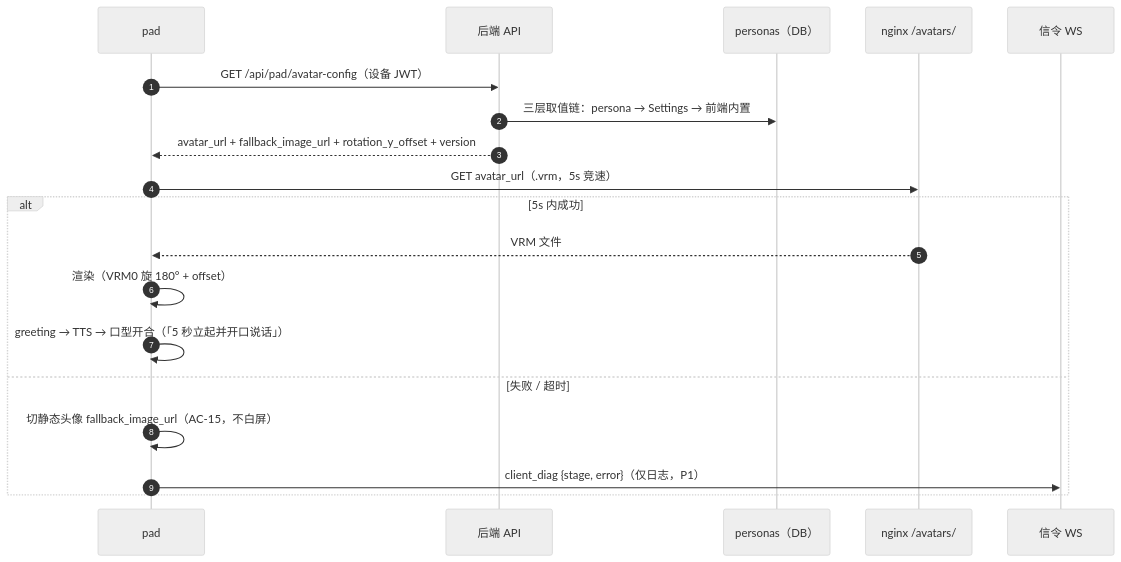
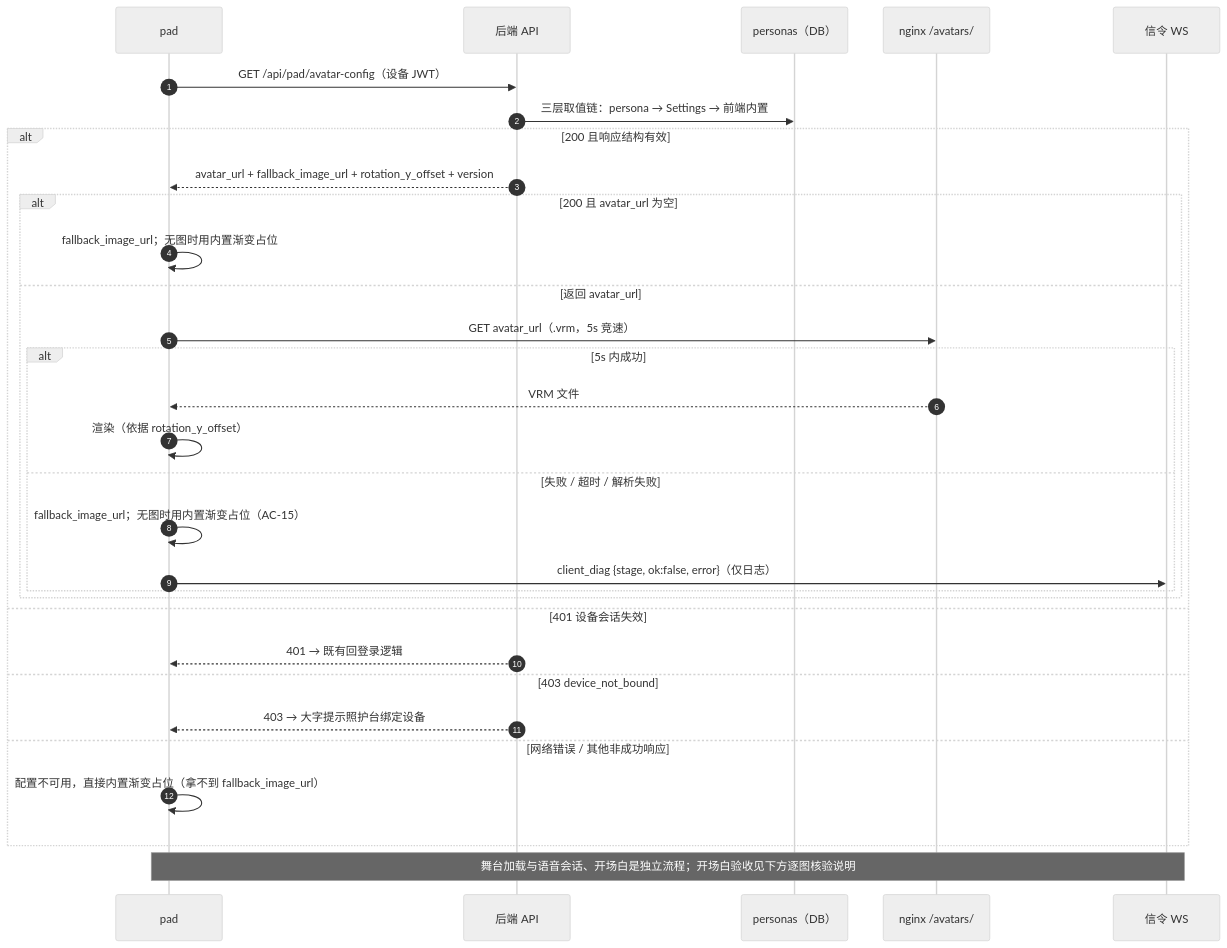
One commit to zha-yu/kangban changed the sixth of 10 diagrams in docs/plans/day04/day-04-3D与身份闭环.md. Above: the diagram before and after it, drawn with Mermaid (neutral theme). The commit also changed other lines of this file and 10 other files, not shown here.

````diff
--- a/docs/plans/day04/day-04-3D与身份闭环.md
+++ b/docs/plans/day04/day-04-3D与身份闭环.md
@@ -282,21 +303,33 @@
 ```mermaid
 sequenceDiagram
     autonumber
     participant P as pad
     participant API as 后端 API
     participant DB as personas（DB）
     participant NG as nginx /avatars/
     participant WS as 信令 WS
     P->>API: GET /api/pad/avatar-config（设备 JWT）
     API->>DB: 三层取值链：persona → Settings → 前端内置
-    API-->>P: avatar_url + fallback_image_url + rotation_y_offset + version
-    P->>NG: GET avatar_url（.vrm，5s 竞速）
-    alt 5s 内成功
-        NG-->>P: VRM 文件
-        P->>P: 渲染（VRM0 旋 180° + offset）
-        P->>P: greeting → TTS → 口型开合（「5 秒立起并开口说话」）
-    else 失败 / 超时
-        P->>P: 切静态头像 fallback_image_url（AC-15，不白屏）
-        P->>WS: client_diag {stage, error}（仅日志，P1）
+    alt 200 且响应结构有效
+        API-->>P: avatar_url + fallback_image_url + rotation_y_offset + version
+        alt 200 且 avatar_url 为空
+            P->>P: fallback_image_url；无图时用内置渐变占位
+        else 返回 avatar_url
+            P->>NG: GET avatar_url（.vrm，5s 竞速）
+            alt 5s 内成功
+                NG-->>P: VRM 文件
+                P->>P: 渲染（依据 rotation_y_offset）
+            else 失败 / 超时 / 解析失败
+                P->>P: fallback_image_url；无图时用内置渐变占位（AC-15）
+                P->>WS: client_diag {stage, ok:false, error}（仅日志）
+            end
+        end
+    else 401 设备会话失效
+        API-->>P: 401 → 既有回登录逻辑
+    else 403 device_not_bound
+        API-->>P: 403 → 大字提示照护台绑定设备
+    else 网络错误 / 其他非成功响应
+        P->>P: 配置不可用，直接内置渐变占位（拿不到 fallback_image_url）
     end
+    Note over P,WS: 舞台加载与语音会话、开场白是独立流程；开场白验收见下方逐图核验说明
 ```
````
